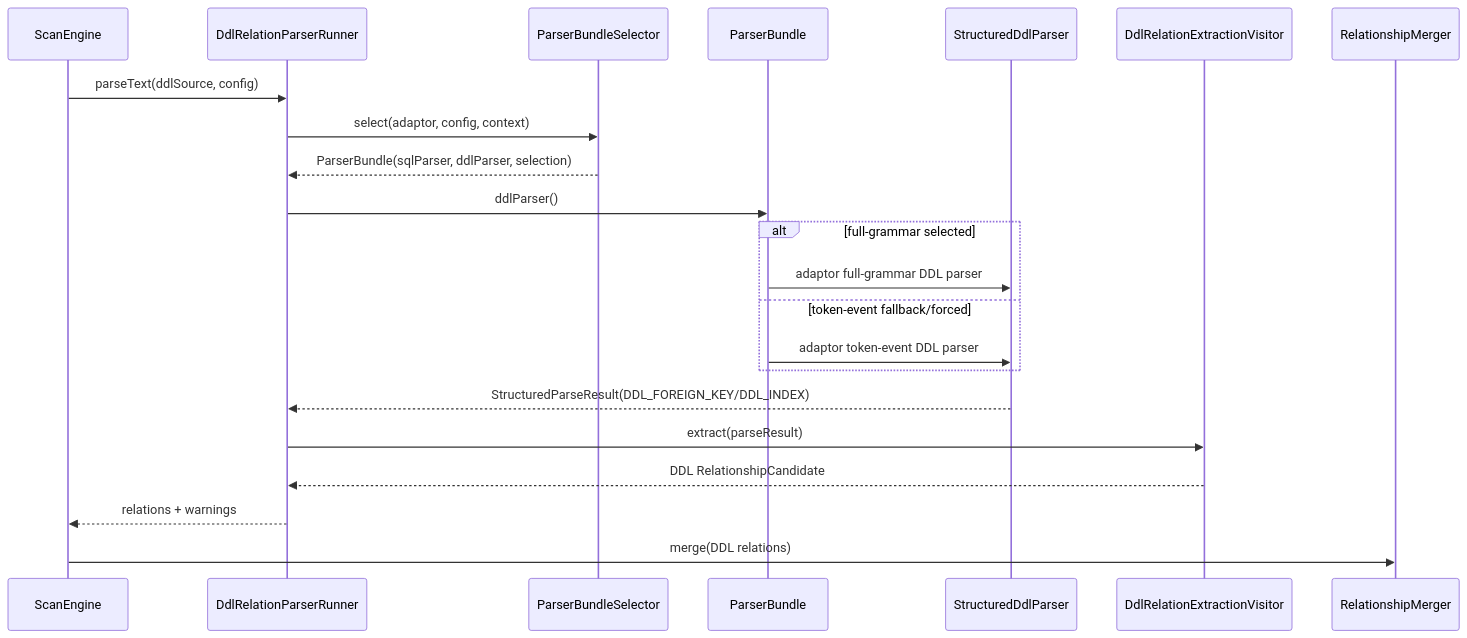
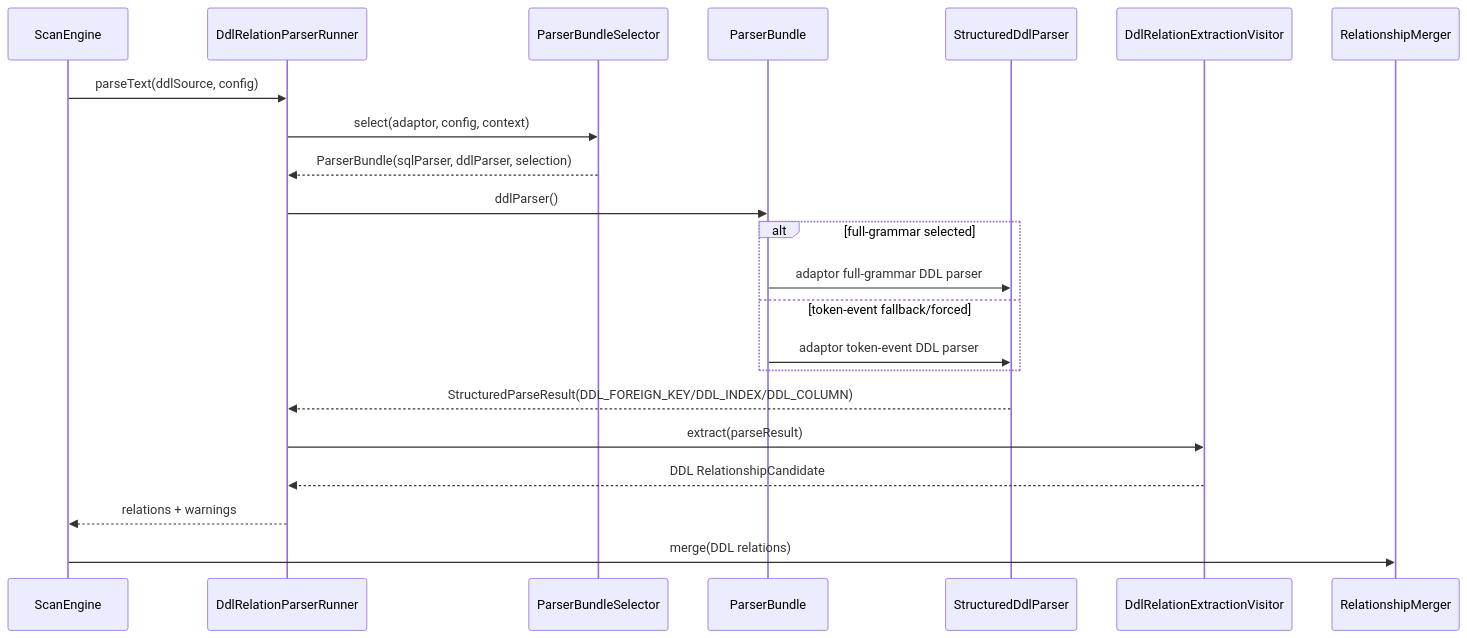
Before and after one commit to xiaoguang/relation-detector: the fifth of 7 diagrams in docs/design/relation-detector/phase-06-parser-enhancement.md, drawn with Mermaid. The commit also changed other lines of this file and 17 other files, not shown here.

````diff
--- a/docs/design/relation-detector/phase-06-parser-enhancement.md
+++ b/docs/design/relation-detector/phase-06-parser-enhancement.md
@@ -470,25 +471,25 @@
 ```mermaid
 sequenceDiagram
   participant SE as ScanEngine
   participant DR as DdlRelationParserRunner
   participant PBS as ParserBundleSelector
   participant PB as ParserBundle
   participant DP as StructuredDdlParser
   participant DE as DdlRelationExtractionVisitor
   participant RM as RelationshipMerger
 
   SE->>DR: parseText(ddlSource, config)
   DR->>PBS: select(adaptor, config, context)
   PBS-->>DR: ParserBundle(sqlParser, ddlParser, selection)
   DR->>PB: ddlParser()
   alt full-grammar selected
     PB->>DP: adaptor full-grammar DDL parser
   else token-event fallback/forced
     PB->>DP: adaptor token-event DDL parser
   end
-  DP-->>DR: StructuredParseResult(DDL_FOREIGN_KEY/DDL_INDEX)
+  DP-->>DR: StructuredParseResult(DDL_FOREIGN_KEY/DDL_INDEX/DDL_COLUMN)
   DR->>DE: extract(parseResult)
   DE-->>DR: DDL RelationshipCandidate
   DR-->>SE: relations + warnings
   SE->>RM: merge(DDL relations)
 ```
````
